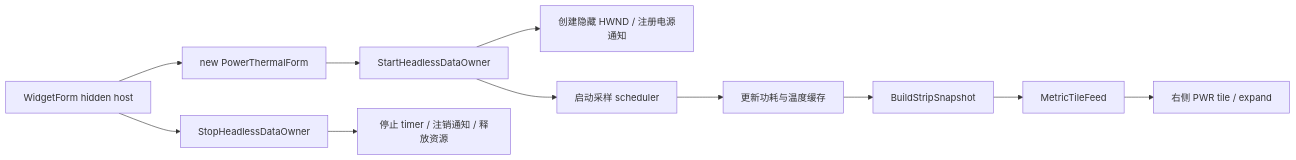
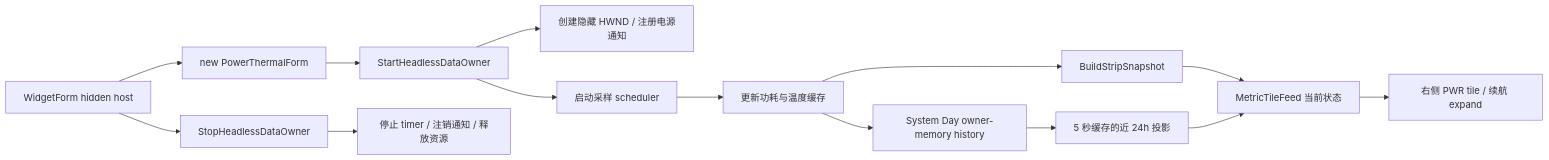
The diagram in Docs/PowerThermal-Architecture.md (AFT-Sakee01/DesktopCodexAssistant), drawn with Mermaid before and after one commit. The commit also changed other lines of this file and 16 other files, not shown here.

````diff
--- a/Docs/PowerThermal-Architecture.md
+++ b/Docs/PowerThermal-Architecture.md
@@ -26,13 +26,16 @@
 ```mermaid
 flowchart LR
     A["WidgetForm hidden host"] --> B["new PowerThermalForm"]
     B --> C["StartHeadlessDataOwner"]
     C --> D["创建隐藏 HWND / 注册电源通知"]
     C --> E["启动采样 scheduler"]
     E --> F["更新功耗与温度缓存"]
     F --> G["BuildStripSnapshot"]
-    G --> H["MetricTileFeed"]
-    H --> I["右侧 PWR tile / expand"]
+    G --> H["MetricTileFeed 当前状态"]
+    F --> L["System Day owner-memory history"]
+    L --> M["5 秒缓存的近 24h 投影"]
+    M --> H
+    H --> I["右侧 PWR tile / 续航 expand"]
     A --> J["StopHeadlessDataOwner"]
     J --> K["停止 timer / 注销通知 / 释放资源"]
 ```
````
